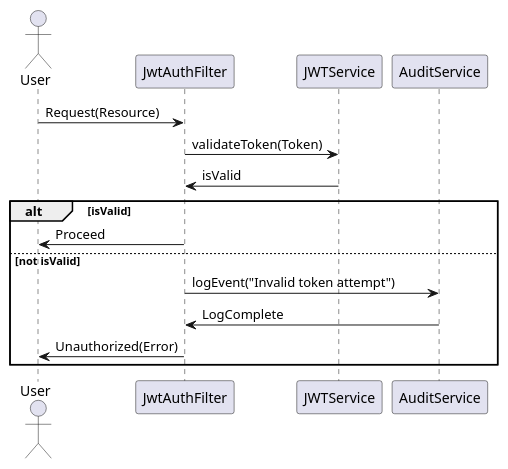
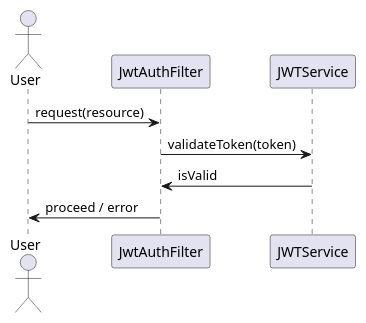
The third of 6 diagrams in identityprovider/documentation/detaileddesign.adoc (Dinesh-s95/AutoDoc.ai), drawn with PlantUML before and after one commit. The commit also changed other lines of this file and 4 other files, not shown here.

````diff
--- a/identityprovider/documentation/detaileddesign.adoc
+++ b/identityprovider/documentation/detaileddesign.adoc
@@ -331,19 +298,13 @@
-```plantuml
+[plantuml, jwt-validation-flow, png]
+----
 @startuml
 actor User
 participant JwtAuthFilter
 participant JWTService
-participant AuditService
 
-User -> JwtAuthFilter : Request(Resource)
-JwtAuthFilter -> JWTService : validateToken(Token)
+User -> JwtAuthFilter : request(resource)
+JwtAuthFilter -> JWTService : validateToken(token)
 JWTService -> JwtAuthFilter : isValid
-alt isValid
-    JwtAuthFilter -> User : Proceed
-else not isValid
-    JwtAuthFilter -> AuditService : logEvent("Invalid token attempt")
-    AuditService -> JwtAuthFilter : LogComplete
-    JwtAuthFilter -> User : Unauthorized(Error)
-end
+JwtAuthFilter -> User : proceed / error
 @enduml
-```
+----
````
